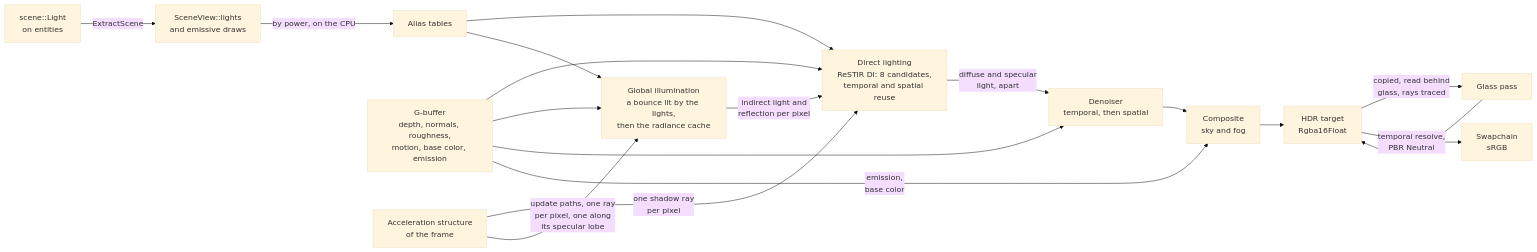
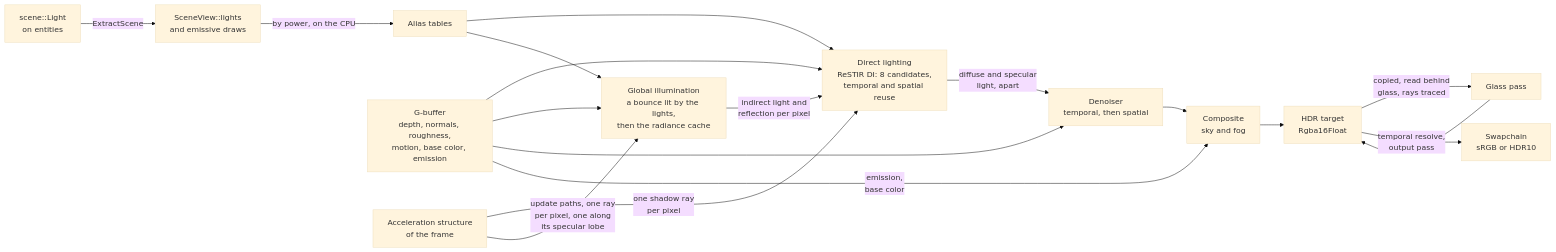
One commit to SBXdev3D/daidalos-engine-next changed the eighth of 13 diagrams in docs/ARCHITECTURE.md. Above: the diagram before and after it, drawn with Mermaid (base theme). The commit also changed other lines of this file and 42 other files, not shown here.

````diff
--- a/docs/ARCHITECTURE.md
+++ b/docs/ARCHITECTURE.md
@@ -185,20 +186,20 @@
 ```mermaid
 flowchart LR
     E["scene::Light<br/>on entities"] -->|"ExtractScene"| L["SceneView::lights<br/>and emissive draws"]
     L -->|"by power, on the CPU"| AT["Alias tables"]
     P["G-buffer<br/>depth, normals, roughness,<br/>motion, base color, emission"] --> M
     AT --> M["Direct lighting<br/>ReSTIR DI: 8 candidates,<br/>temporal and spatial reuse"]
     AS["Acceleration structure<br/>of the frame"] -->|"one shadow ray<br/>per pixel"| M
     AS -->|"update paths, one ray<br/>per pixel, one along<br/>its specular lobe"| GI["Global illumination<br/>a bounce lit by the lights,<br/>then the radiance cache"]
     AT --> GI
     P --> GI
     GI -->|"indirect light and<br/>reflection per pixel"| M
     M -->|"diffuse and specular<br/>light, apart"| DN["Denoiser<br/>temporal, then spatial"]
     P --> DN
     P -->|"emission,<br/>base color"| CO["Composite<br/>sky and fog"]
     DN --> CO
     CO --> H["HDR target<br/>Rgba16Float"]
     H -->|"copied, read behind<br/>glass, rays traced"| GL["Glass pass"]
     GL --> H
-    H -->|"temporal resolve,<br/>PBR Neutral"| S["Swapchain<br/>sRGB"]
+    H -->|"temporal resolve,<br/>output pass"| S["Swapchain<br/>sRGB or HDR10"]
 ```
````
